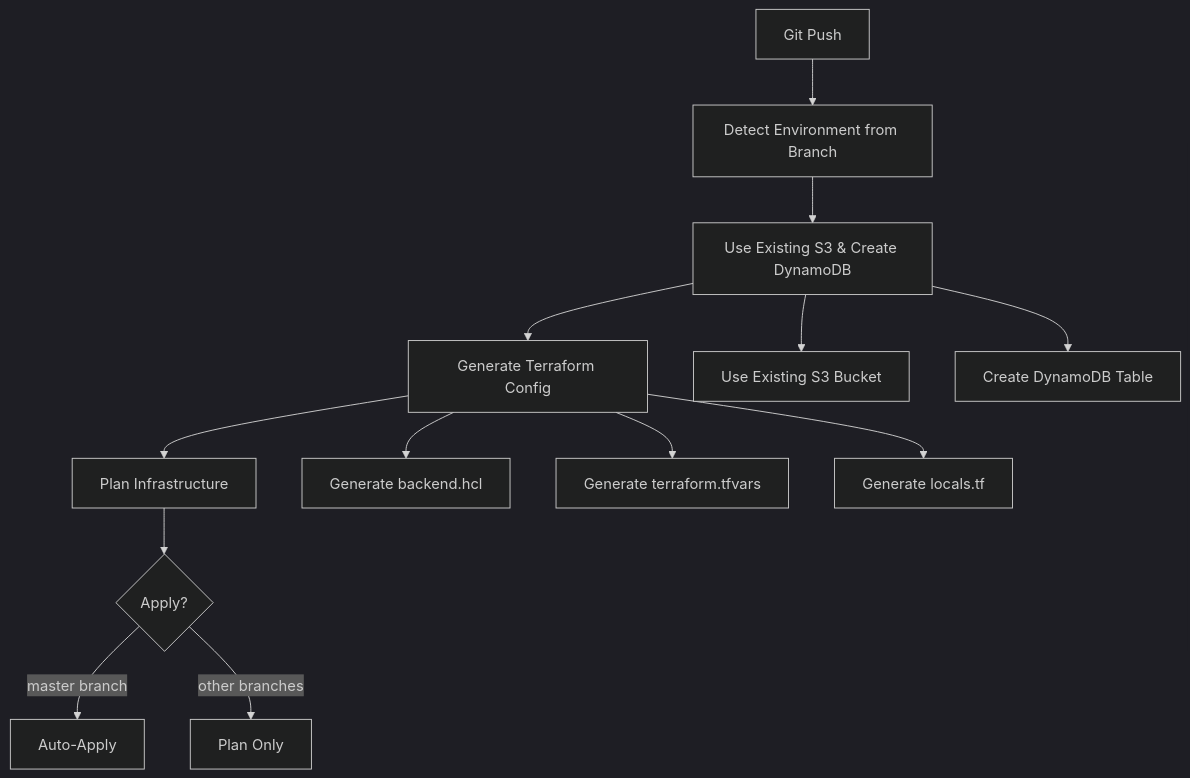
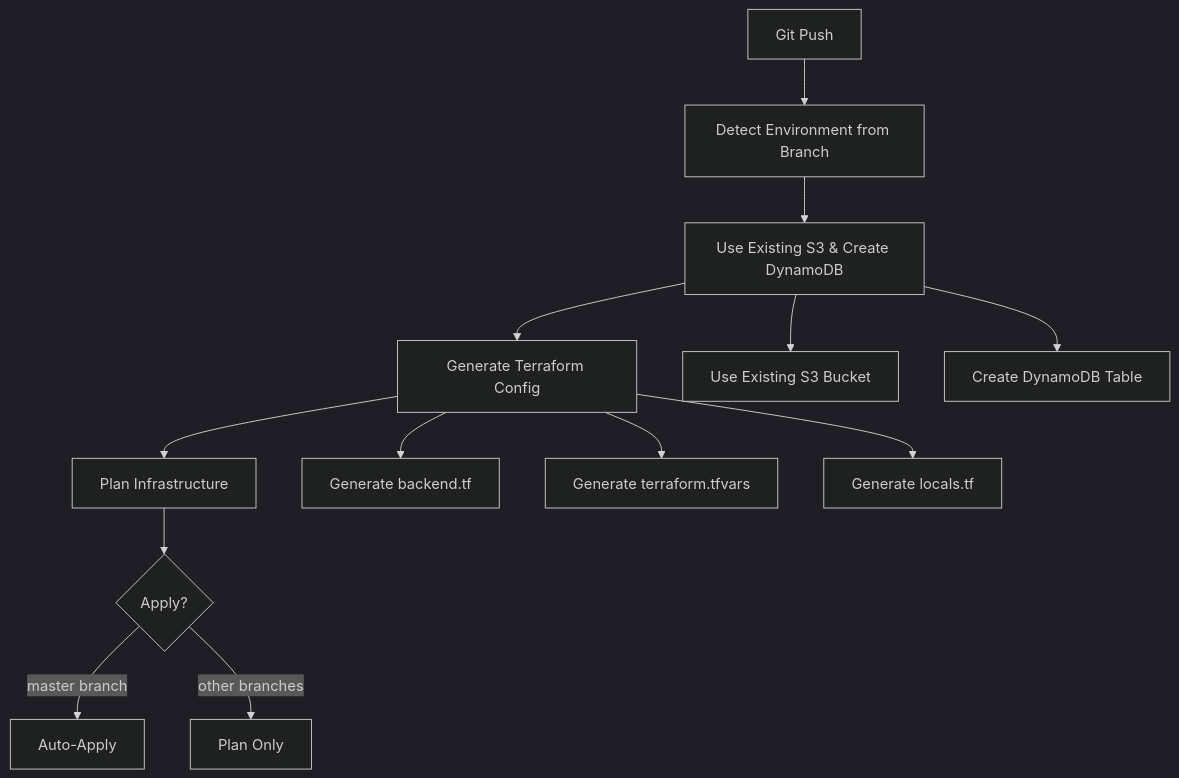
One commit to shubhamcommits/octonius-platform changed the diagram in README-terraform.md. Above: the diagram before and after it, drawn with Mermaid (dark theme). The commit also changed other lines of this file and 4 other files, not shown here.

````diff
--- a/README-terraform.md
+++ b/README-terraform.md
@@ -92,17 +92,17 @@
 ```mermaid
 graph TB
     A[Git Push] --> B[Detect Environment from Branch]
     B --> C[Use Existing S3 & Create DynamoDB]
     C --> D[Generate Terraform Config]
     D --> E[Plan Infrastructure]
     E --> F{Apply?}
     F -->|master branch| G[Auto-Apply]
     F -->|other branches| H[Plan Only]
     
     C --> C1[Use Existing S3 Bucket]
     C --> C2[Create DynamoDB Table]
     
-    D --> D1[Generate backend.hcl]
+    D --> D1[Generate backend.tf]
     D --> D2[Generate terraform.tfvars]
     D --> D3[Generate locals.tf]
 ```
````
